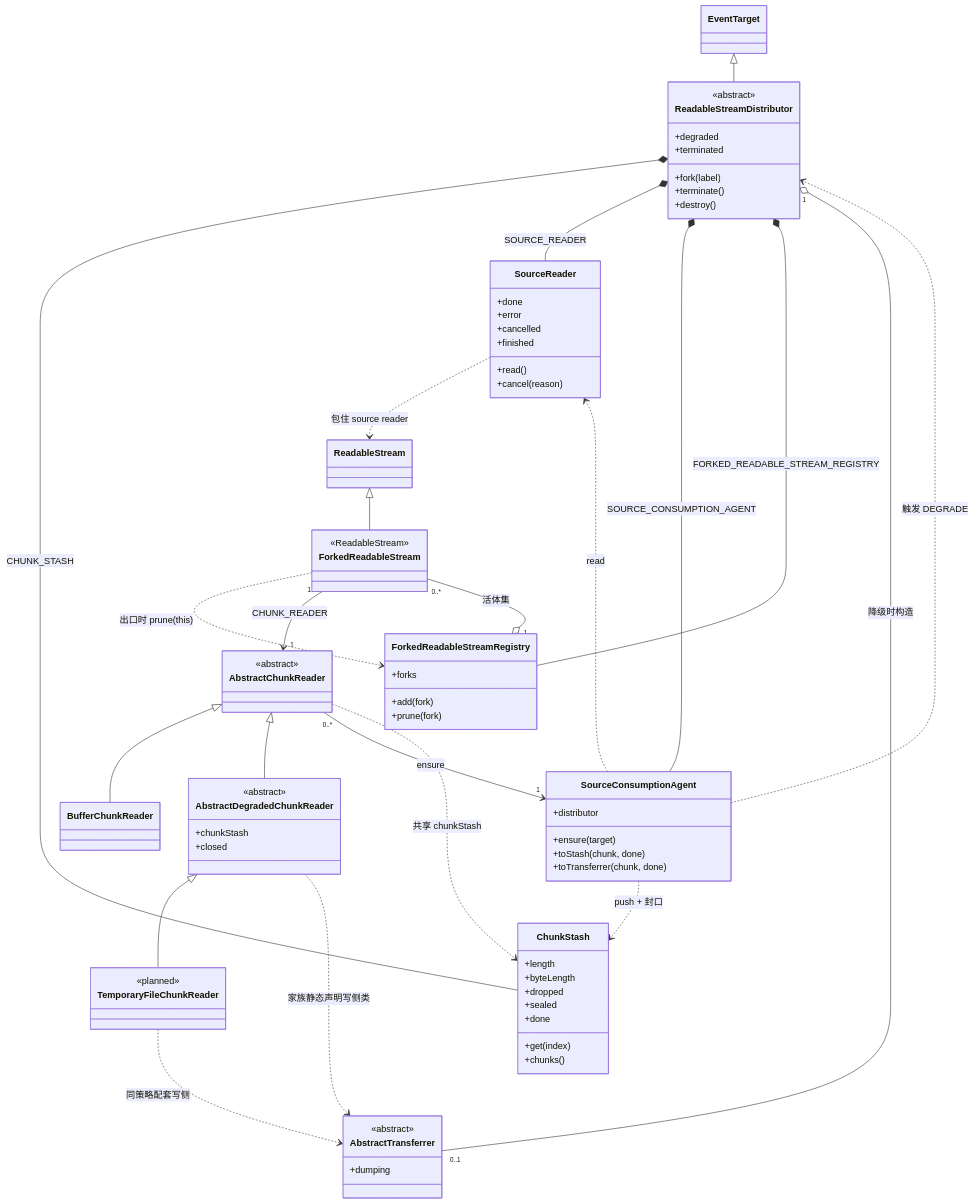
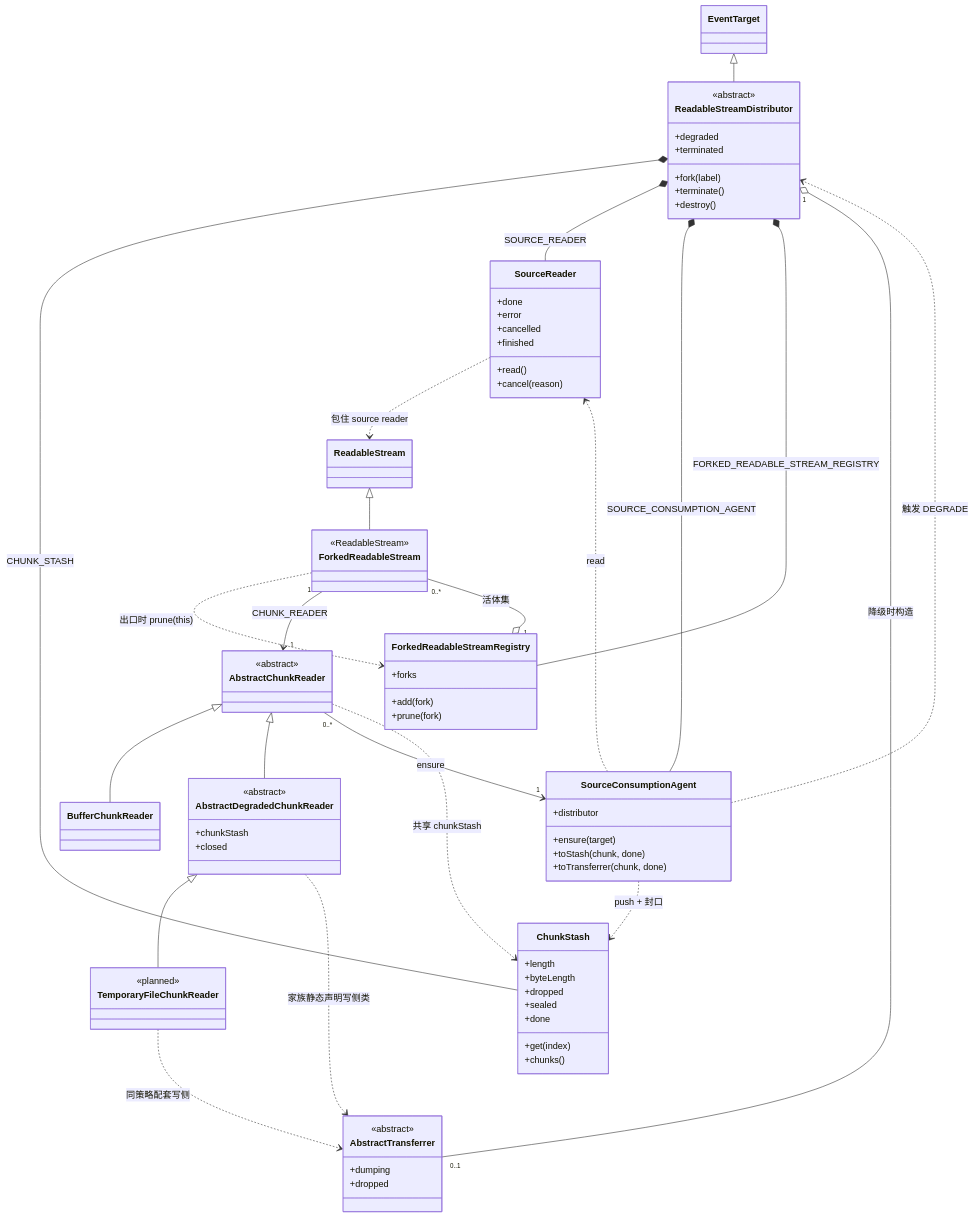
One commit to produck/node-readable-stream-distributor changed the second of 6 diagrams in DESIGN.md. Above: the diagram before and after it, drawn with Mermaid. The commit also changed other lines of this file and 9 other files, not shown here.

```diff
--- a/DESIGN.md
+++ b/DESIGN.md
@@ -195,6 +196,7 @@
     class AbstractTransferrer {
         <<abstract>>
         +dumping
+        +dropped
     }
 
     class TemporaryFileChunkReader {
```
